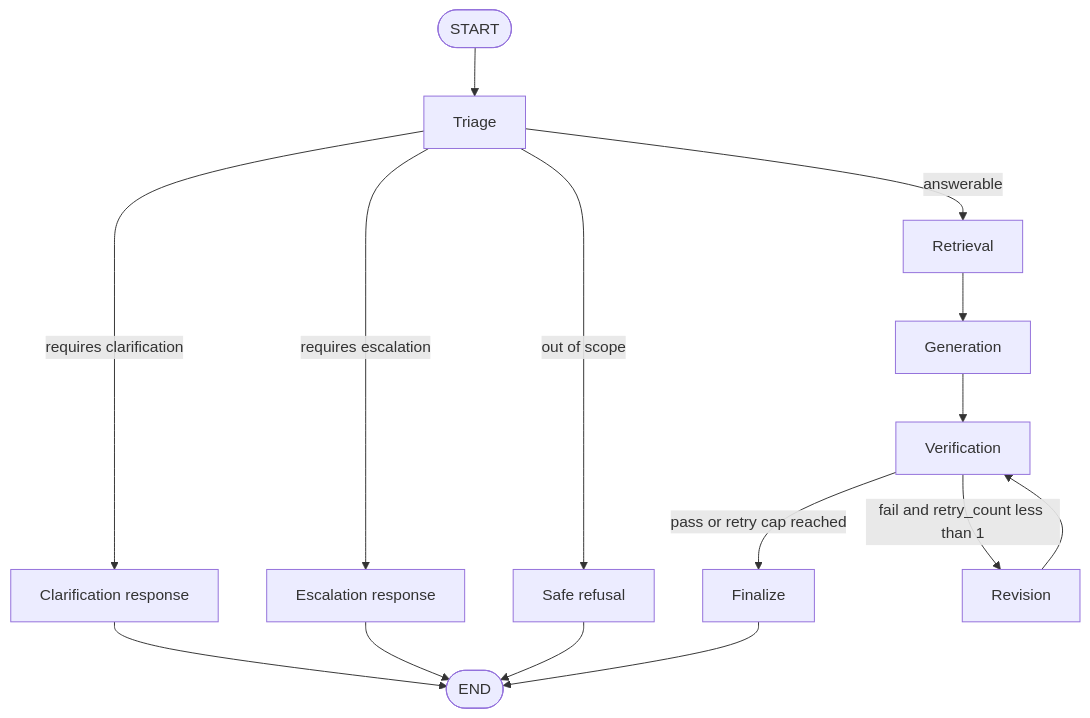
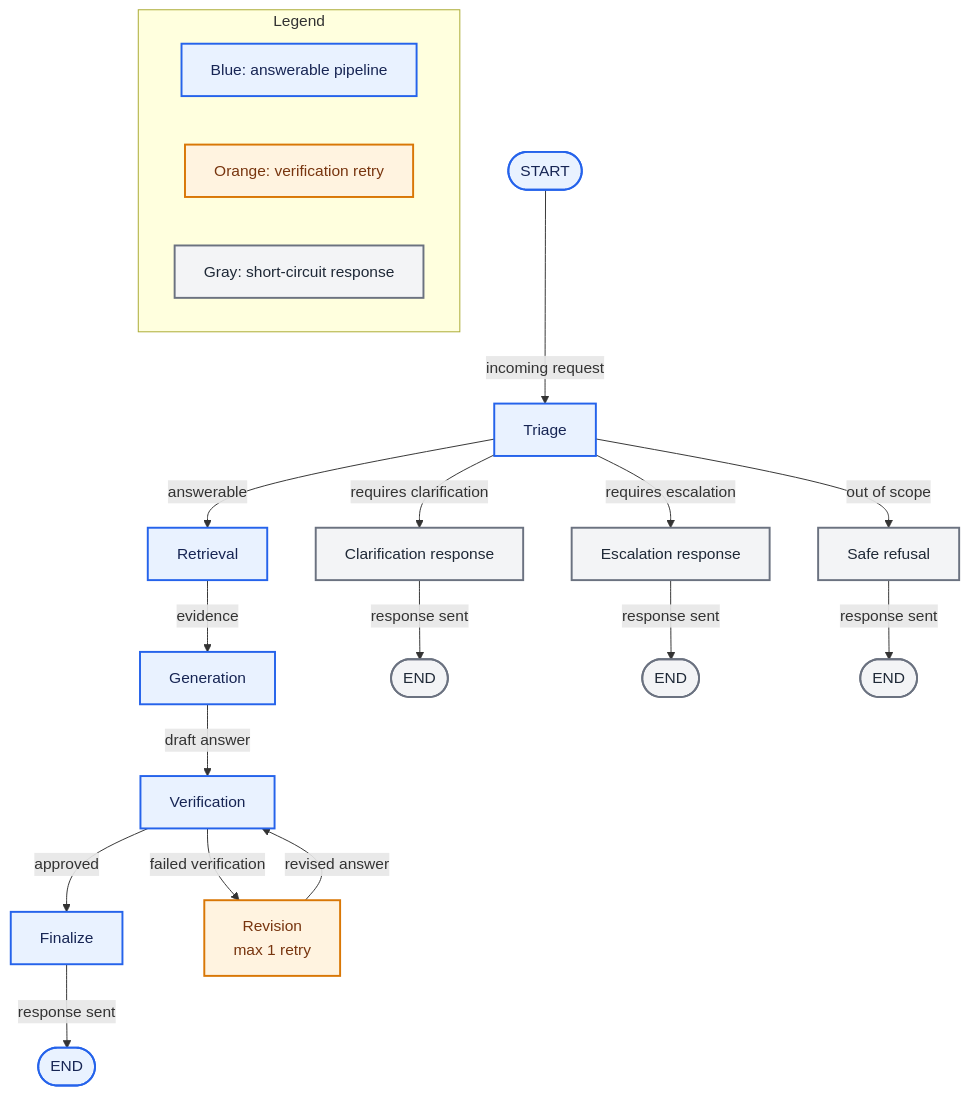
One commit to raghavapollo7/orbitdesk-local-support-agent changed the diagram in docs/graph.mmd. Above: the diagram before and after it, drawn with Mermaid. The commit also changed 1 other file, not shown here.

Commit message:
Refine workflow diagram

```diff
--- a/docs/graph.mmd
+++ b/docs/graph.mmd
@@ -1,15 +1,32 @@
 flowchart TD
-    Start([START]) --> Triage[Triage]
+    Start([START]) -->|incoming request| Triage[Triage]
     Triage -->|answerable| Retrieval[Retrieval]
+    Retrieval -->|evidence| Generation[Generation]
+    Generation -->|draft answer| Verification[Verification]
+    Verification -->|approved| Finalize[Finalize]
+    Finalize -->|response sent| MainEnd([END])
+    Verification -->|failed verification| Revision[Revision<br/>max 1 retry]
+    Revision -->|revised answer| Verification
+
     Triage -->|requires clarification| Clarification[Clarification response]
+    Clarification -->|response sent| ClarificationEnd([END])
     Triage -->|requires escalation| Escalation[Escalation response]
+    Escalation -->|response sent| EscalationEnd([END])
     Triage -->|out of scope| Refusal[Safe refusal]
-    Retrieval --> Generation[Generation]
-    Generation --> Verification[Verification]
-    Verification -->|pass or retry cap reached| Finalize[Finalize]
-    Verification -->|fail and retry_count less than 1| Revision[Revision]
-    Revision --> Verification
-    Clarification --> End([END])
-    Escalation --> End
-    Refusal --> End
-    Finalize --> End
+    Refusal -->|response sent| RefusalEnd([END])
+
+    subgraph Legend
+        Happy[Blue: answerable pipeline]
+        Retry[Orange: verification retry]
+        Exception[Gray: short-circuit response]
+    end
+
+    classDef happy fill:#e9f2ff,stroke:#2563eb,color:#172554,stroke-width:2px
+    classDef retry fill:#fff3e0,stroke:#d97706,color:#78350f,stroke-width:2px
+    classDef exception fill:#f3f4f6,stroke:#6b7280,color:#1f2937,stroke-width:2px
+    class Start,Triage,Retrieval,Generation,Verification,Finalize,MainEnd happy
+    class Revision retry
+    class Clarification,ClarificationEnd,Escalation,EscalationEnd,Refusal,RefusalEnd exception
+    class Happy happy
+    class Retry retry
+    class Exception exception
```
